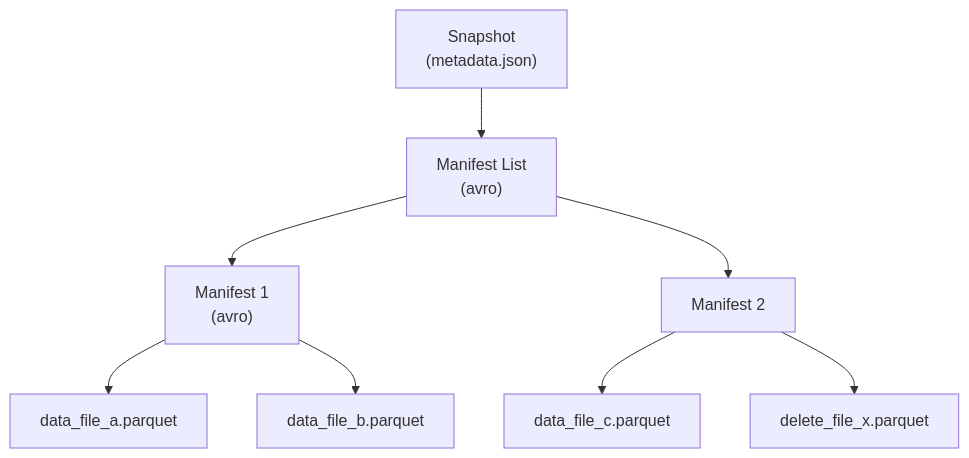
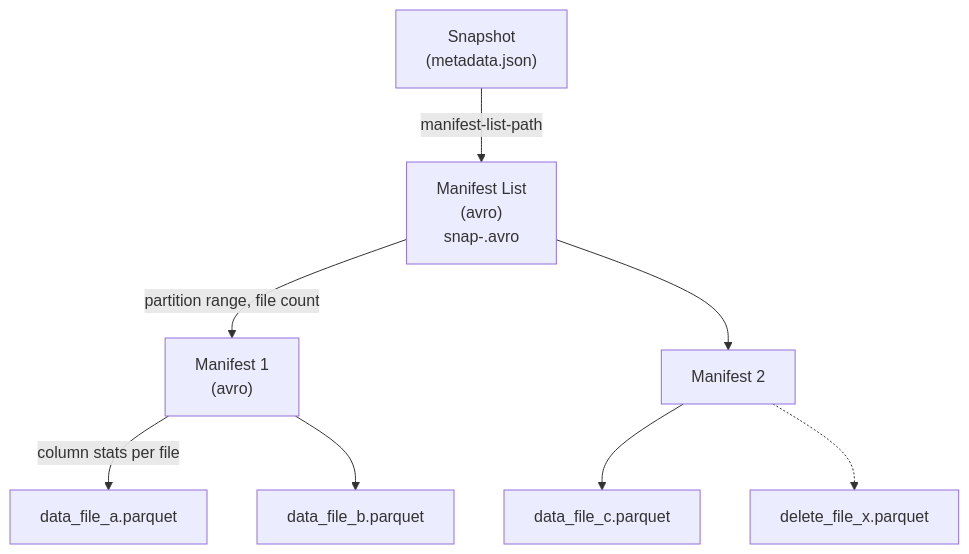
Before and after one commit to wangyong9999/lakehouse-wiki: the diagram in docs/lakehouse/manifest.md, drawn with Mermaid. The commit also changed other lines of this file and 5 other files, not shown here.

````diff
--- a/docs/lakehouse/manifest.md
+++ b/docs/lakehouse/manifest.md
@@ -28,10 +45,10 @@
 ```mermaid
 flowchart TD
-  snap["Snapshot<br/>(metadata.json)"] --> mlist["Manifest List<br/>(avro)"]
-  mlist --> m1["Manifest 1<br/>(avro)"]
+  snap["Snapshot<br/>(metadata.json)"] -->|manifest-list-path| mlist["Manifest List<br/>(avro)<br/>snap-<hash>.avro"]
+  mlist -->|partition range, file count| m1["Manifest 1<br/>(avro)"]
   mlist --> m2["Manifest 2"]
-  m1 --> d1["data_file_a.parquet"]
+  m1 -->|column stats per file| d1["data_file_a.parquet"]
   m1 --> d2["data_file_b.parquet"]
   m2 --> d3["data_file_c.parquet"]
-  m2 --> del["delete_file_x.parquet"]
+  m2 -.-> del["delete_file_x.parquet"]
 ```
````
